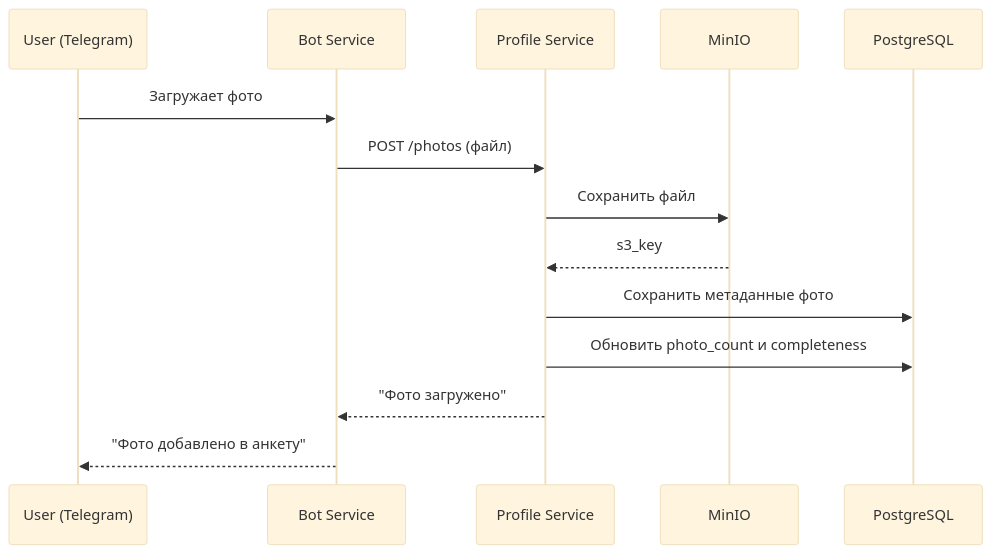
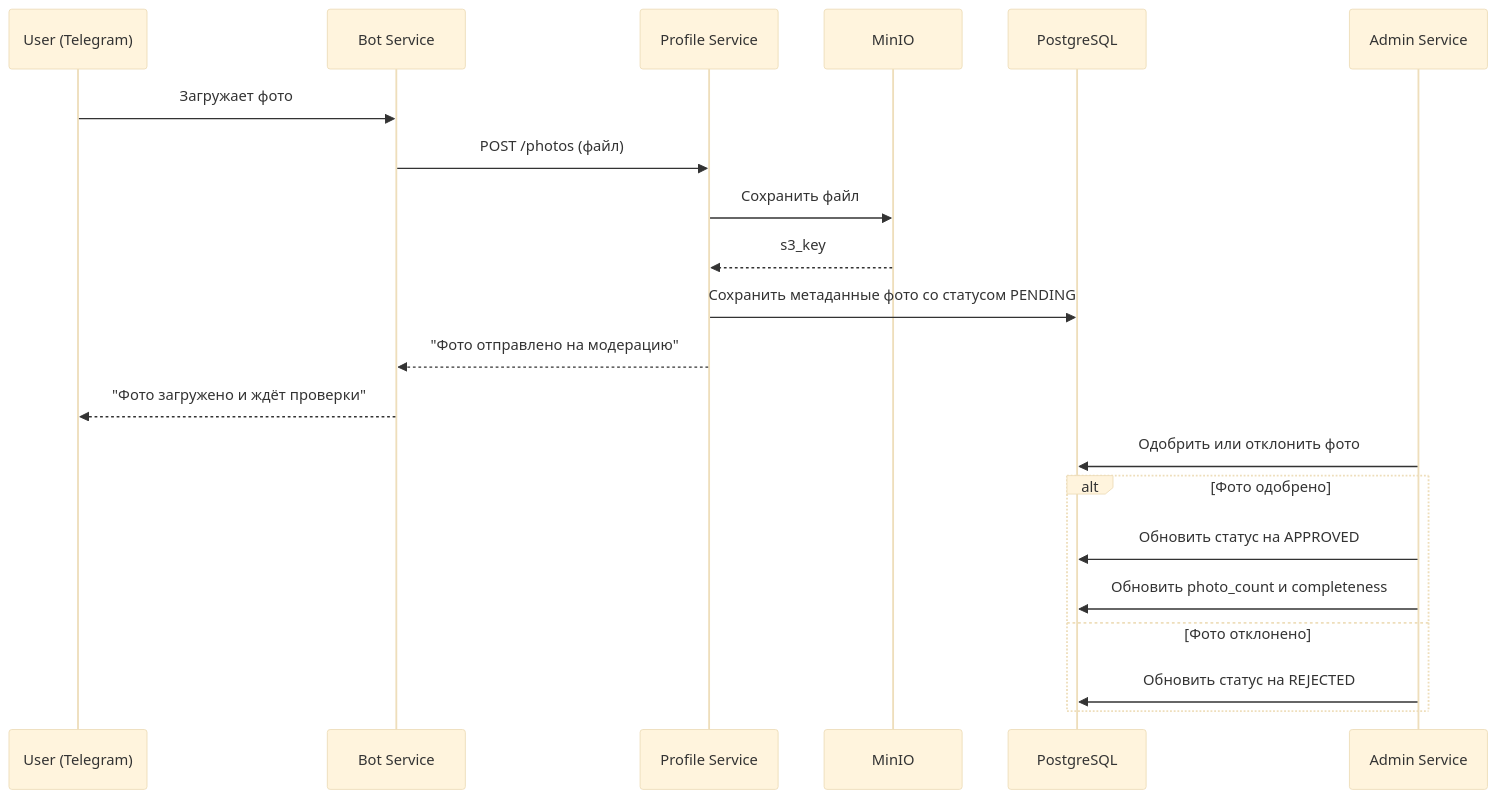
Before and after one commit to Dwots/Dating-bot: the third of 3 diagrams in DOCS/README.md, drawn with Mermaid (base theme). The commit also changed other lines of this file and 14 other files, not shown here.

Commit message:
добавил модерацию фотографий и разделил Profile Service и Matching Service из handlers в отдельные папки

````diff
--- a/DOCS/README.md
+++ b/DOCS/README.md
@@ -154,17 +154,24 @@
 ```mermaid
 sequenceDiagram
     participant U as User (Telegram)
     participant B as Bot Service
     participant P as Profile Service
     participant S3 as MinIO
     participant DB as PostgreSQL
+    participant A as Admin Service
 
     U->>B: Загружает фото
     B->>P: POST /photos (файл)
     P->>S3: Сохранить файл
     S3-->>P: s3_key
-    P->>DB: Сохранить метаданные фото
-    P->>DB: Обновить photo_count и completeness
-    P-->>B: "Фото загружено"
-    B-->>U: "Фото добавлено в анкету"
+    P->>DB: Сохранить метаданные фото со статусом PENDING
+    P-->>B: "Фото отправлено на модерацию"
+    B-->>U: "Фото загружено и ждёт проверки"
+    A->>DB: Одобрить или отклонить фото
+    alt Фото одобрено
+        A->>DB: Обновить статус на APPROVED
+        A->>DB: Обновить photo_count и completeness
+    else Фото отклонено
+        A->>DB: Обновить статус на REJECTED
+    end
 ```
````
